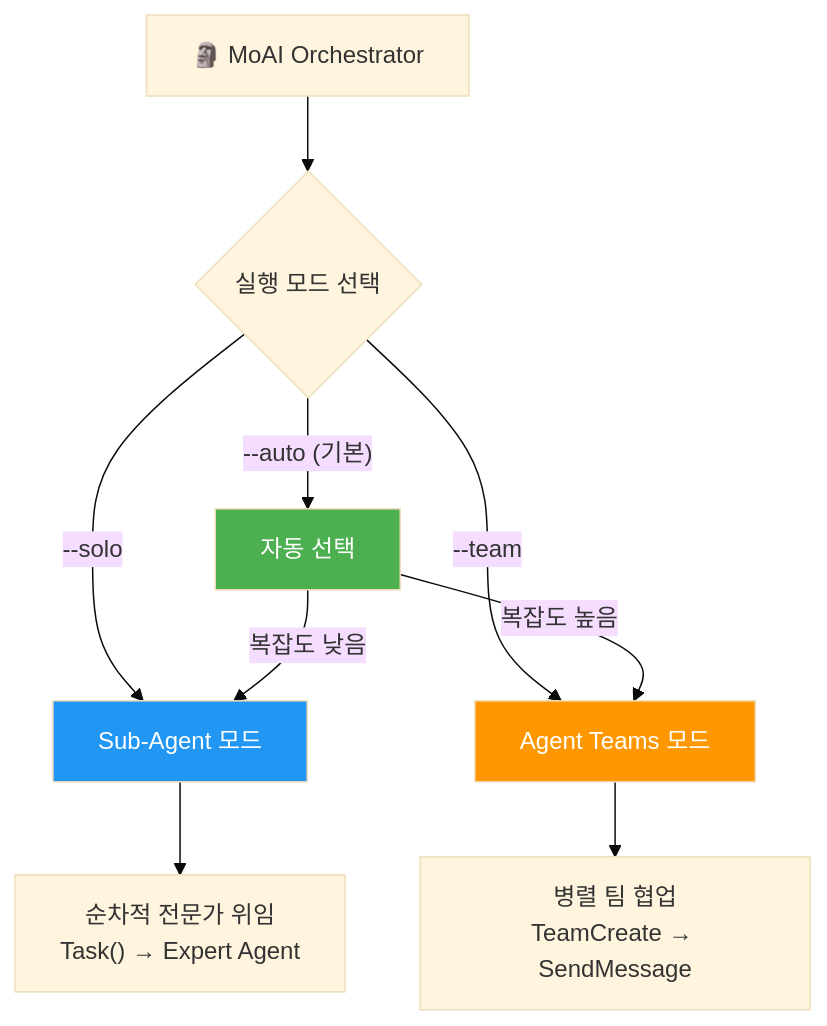
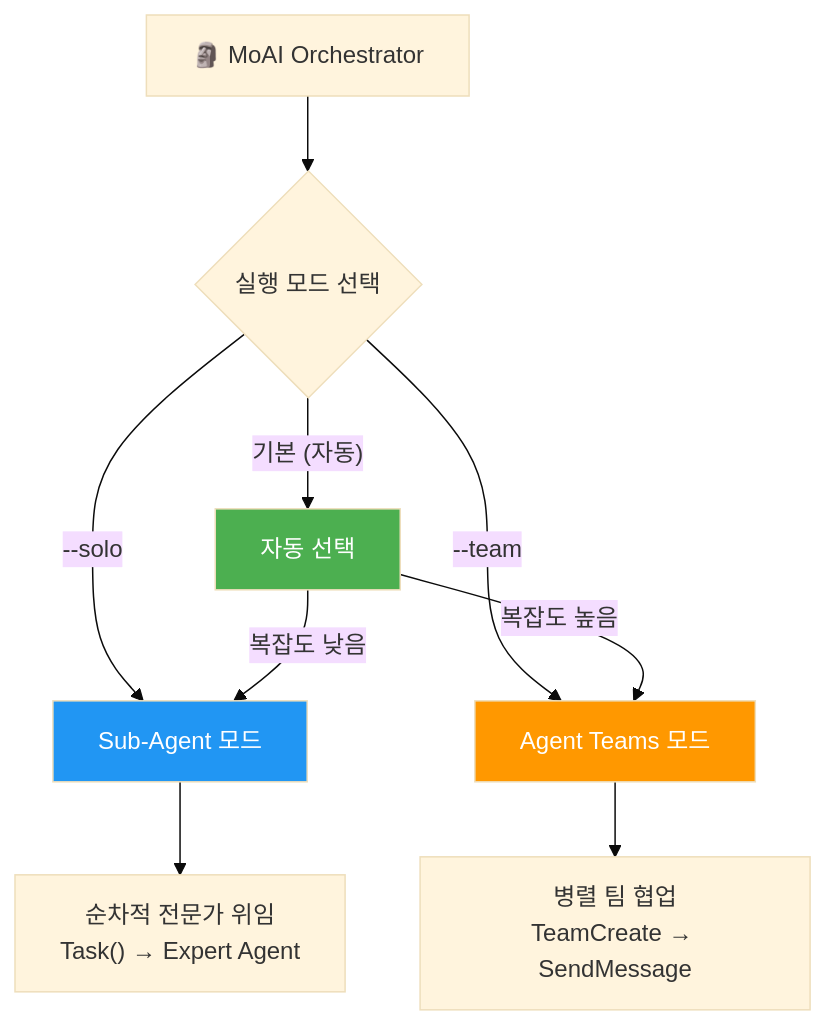
The fourth of 5 diagrams in README.ko.md (modu-ai/moai-adk), drawn with Mermaid (base theme) before and after one commit. The commit also changed other lines of this file and 2 other files, not shown here.

````diff
--- a/README.ko.md
+++ b/README.ko.md
@@ -215,16 +215,16 @@
 ```mermaid
 graph TD
     A["🗿 MoAI Orchestrator"] --> B{"실행 모드 선택"}
     B -->|"--solo"| C["Sub-Agent 모드"]
     B -->|"--team"| D["Agent Teams 모드"]
-    B -->|"--auto (기본)"| E["자동 선택"]
+    B -->|"기본 (자동)"| E["자동 선택"]
 
     C --> F["순차적 전문가 위임<br/>Task() → Expert Agent"]
     D --> G["병렬 팀 협업<br/>TeamCreate → SendMessage"]
     E -->|"복잡도 높음"| D
     E -->|"복잡도 낮음"| C
 
     style C fill:#2196F3,color:#fff
     style D fill:#FF9800,color:#fff
     style E fill:#4CAF50,color:#fff
 ```
````
